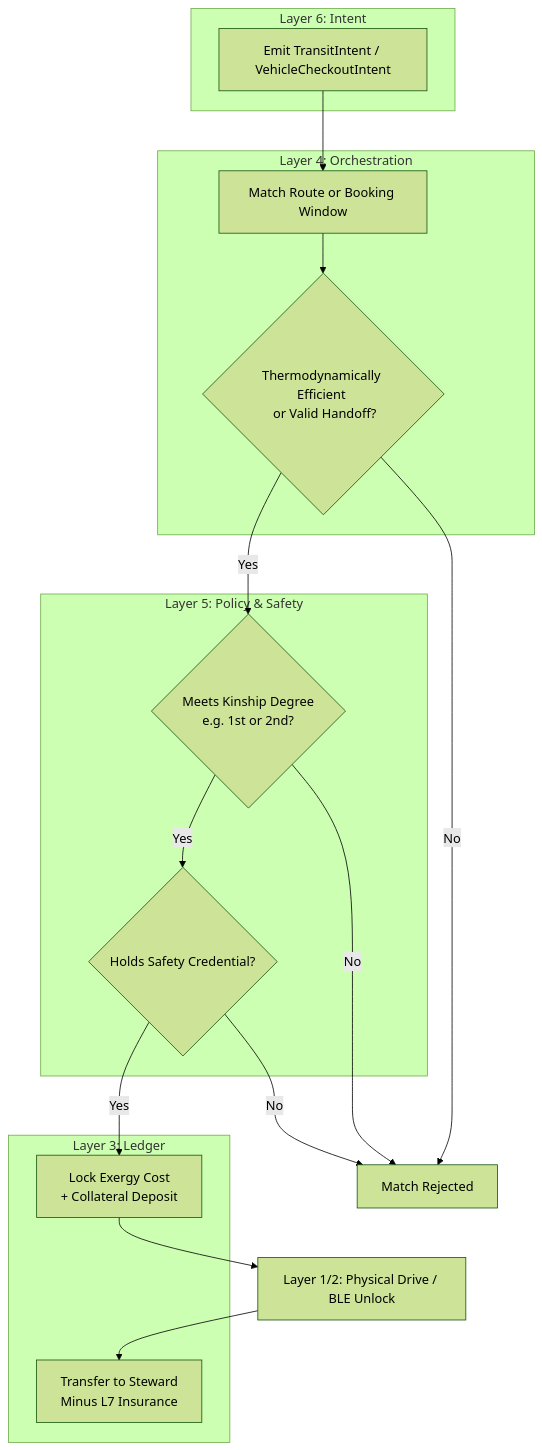
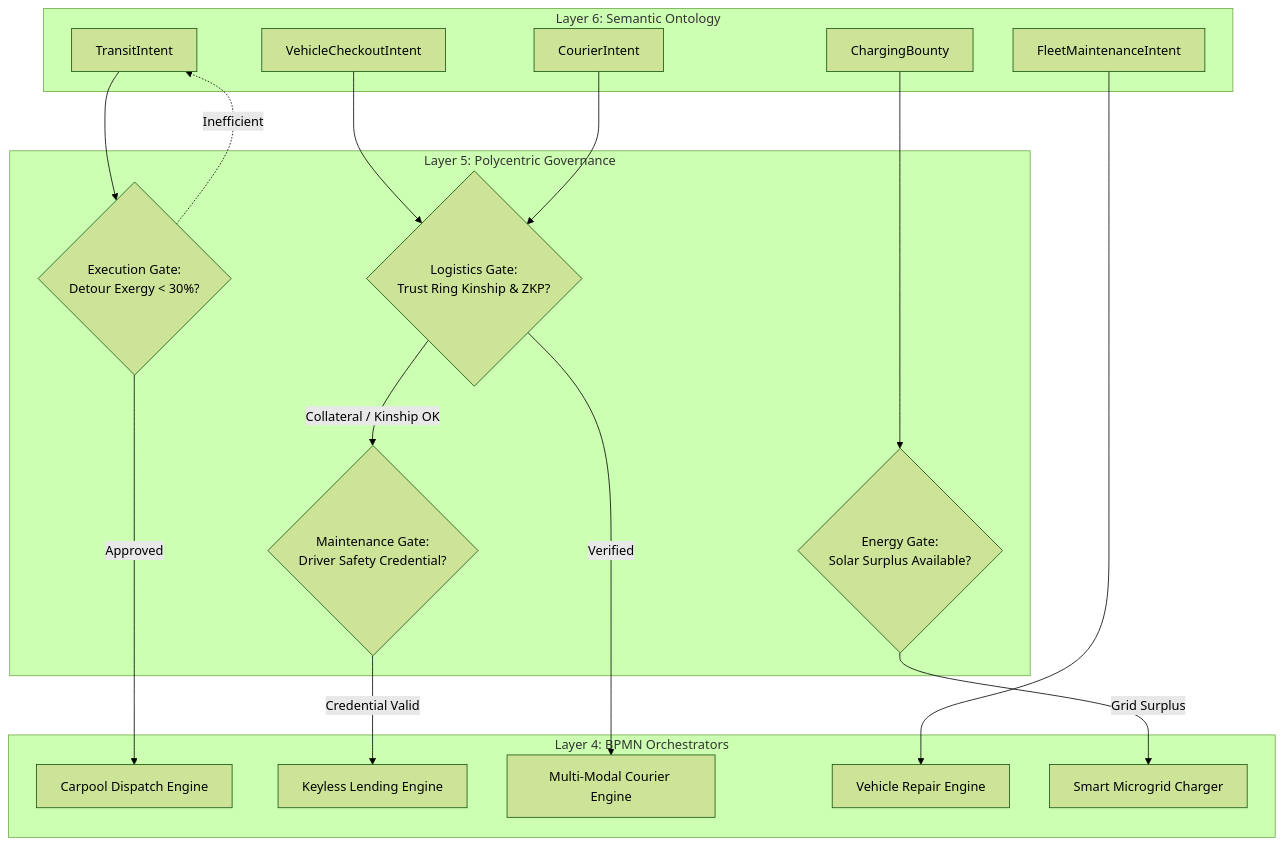
One commit to raffaine/collective changed the third of 4 diagrams in docs/scenarios/beta_transit.md. Above: the diagram before and after it, drawn with Mermaid (forest theme). The commit also changed other lines of this file and 62 other files, not shown here.

First line of the commit message:
feat(sprint-1): Oasis V4 WebGPU Engine & Sovereign Stack V2 Architecture

````diff
--- a/docs/scenarios/beta_transit.md
+++ b/docs/scenarios/beta_transit.md
@@ -48,35 +121,41 @@
 ```mermaid
 graph TD
-    subgraph Layer 6: Intent
-        Rider[Emit TransitIntent / VehicleCheckoutIntent]
+    subgraph Layer 6: Semantic Ontology
+        L6_Trans[TransitIntent]
+        L6_Check[VehicleCheckoutIntent]
+        L6_Cour[CourierIntent]
+        L6_Maint[FleetMaintenanceIntent]
+        L6_Charge[ChargingBounty]
     end
 
-    subgraph Layer 5: Policy & Safety
-        TrustCheck{Meets Kinship Degree <br> e.g. 1st or 2nd?}
-        CredCheck{Holds Safety Credential?}
+    subgraph Layer 5: Polycentric Governance
+        P_Exec{Execution Gate: <br>Detour Exergy < 30%?}
+        P_Trust{Logistics Gate: <br>Trust Ring Kinship & ZKP?}
+        P_Maint{Maintenance Gate: <br>Driver Safety Credential?}
+        P_Charge{Energy Gate: <br>Solar Surplus Available?}
     end
 
-    subgraph Layer 4: Orchestration
-        VectorMatch[Match Route or Booking Window]
-        DetourCheck{Thermodynamically Efficient <br> or Valid Handoff?}
+    subgraph Layer 4: BPMN Orchestrators
+        BPMN_Carpool[Carpool Dispatch Engine]
+        BPMN_Lend[Keyless Lending Engine]
+        BPMN_Freight[Multi-Modal Courier Engine]
+        BPMN_Service[Vehicle Repair Engine]
+        BPMN_Power[Smart Microgrid Charger]
     end
 
-    subgraph Layer 3: Ledger
-        Escrow[Lock Exergy Cost <br> + Collateral Deposit]
-        Settle[Transfer to Steward <br> Minus L7 Insurance]
-    end
+    L6_Trans --> P_Exec
+    P_Exec -->|Approved| BPMN_Carpool
+    P_Exec -.->|Inefficient| L6_Trans
 
-    Rider --> VectorMatch
-    VectorMatch --> DetourCheck
-    DetourCheck -->|Yes| TrustCheck
-    DetourCheck -->|No| Reject[Match Rejected]
-    
-    TrustCheck -->|Yes| CredCheck
-    TrustCheck -->|No| Reject
-    
-    CredCheck -->|Yes| Escrow
-    CredCheck -->|No| Reject
+    L6_Check --> P_Trust
+    P_Trust -->|Collateral / Kinship OK| P_Maint
+    P_Maint -->|Credential Valid| BPMN_Lend
 
-    Escrow --> Execute[Layer 1/2: Physical Drive / BLE Unlock]
-    Execute --> Settle
+    L6_Cour --> P_Trust
+    P_Trust -->|Verified| BPMN_Freight
+
+    L6_Maint --> BPMN_Service
+
+    L6_Charge --> P_Charge
+    P_Charge -->|Grid Surplus| BPMN_Power
 ```
````
